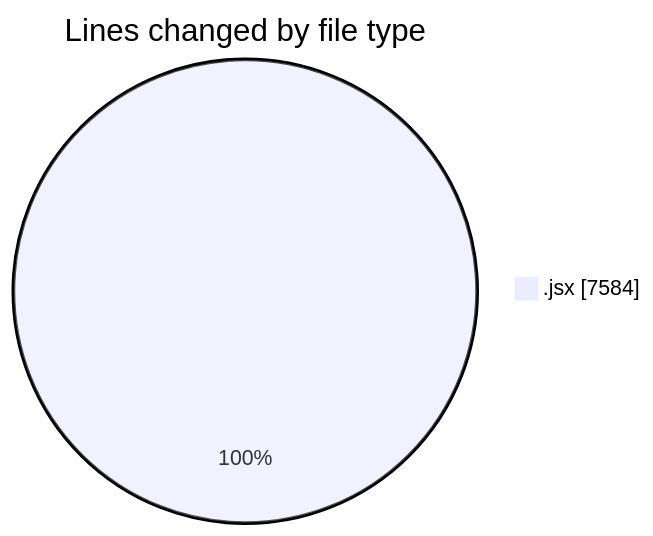
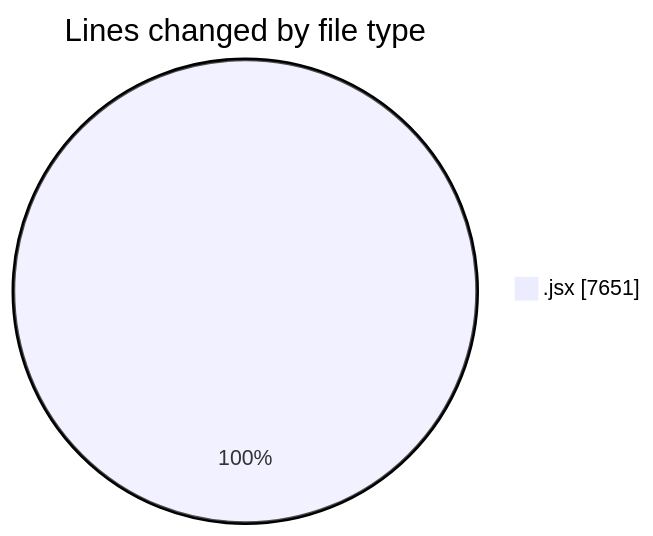
One commit to nxtqubesakshisongat/code-tracking changed the first of 2 diagrams in 2025-09-09/nxtqube_webapp/README.md. Above: the diagram before and after it, drawn with Mermaid. The commit also changed other lines of this file and 1 other file, not shown here.

````diff
--- a/2025-09-09/nxtqube_webapp/README.md
+++ b/2025-09-09/nxtqube_webapp/README.md
@@ -22,5 +22,5 @@
 ```mermaid
 pie showData
 title Lines changed by file type
-".jsx" : 7584
+".jsx" : 7651
 ```
````
